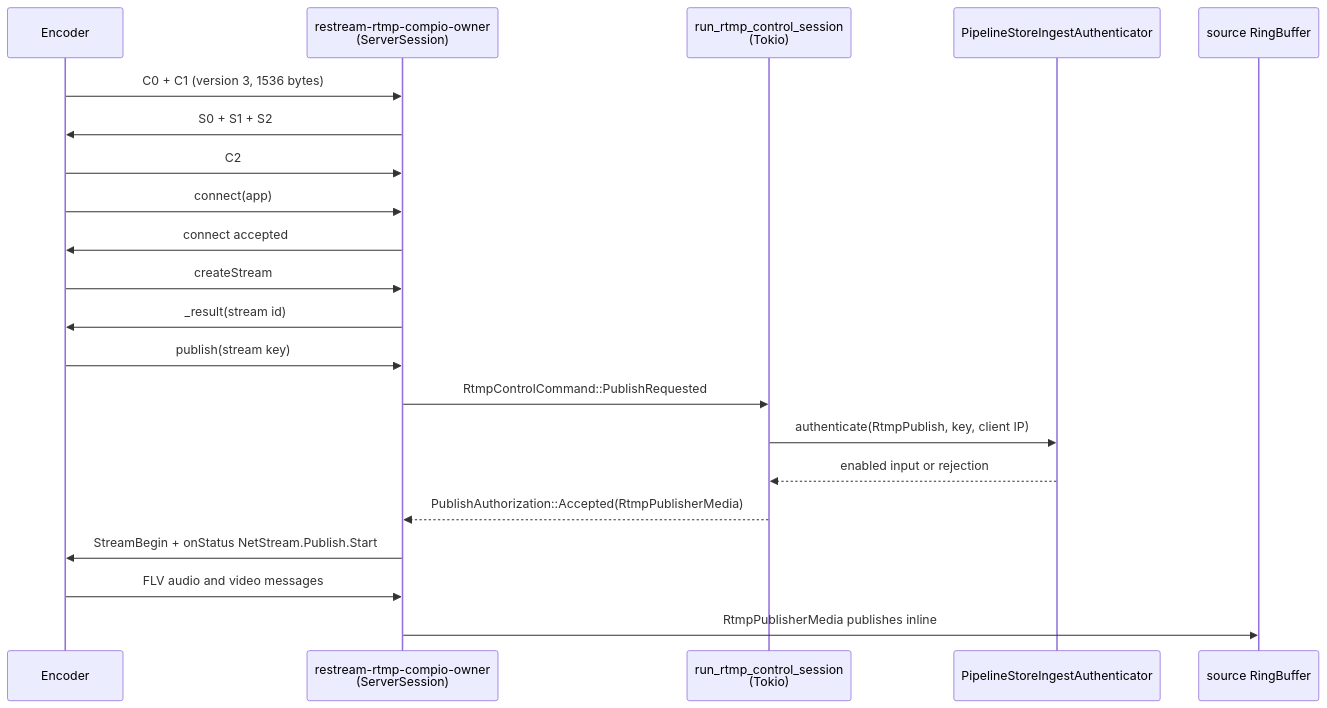
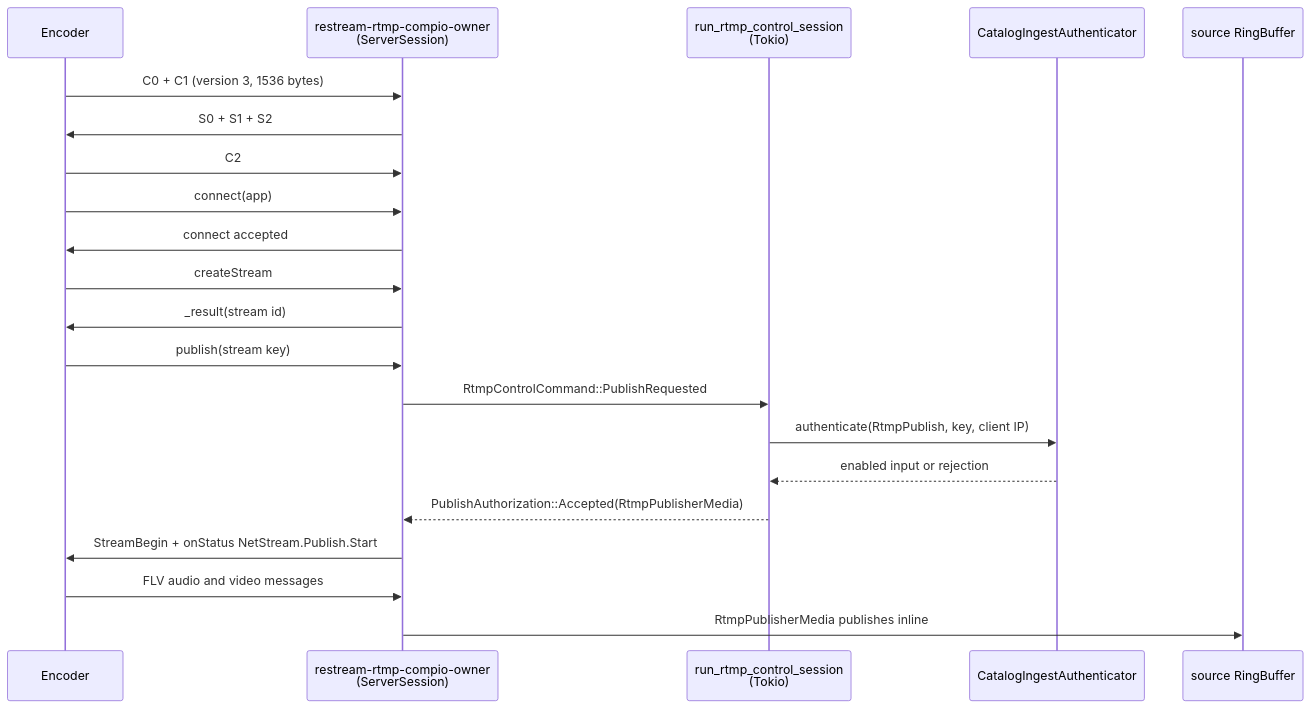
Before and after one commit to krsna1729/restream: the fourth of 15 diagrams in docs/media-pipeline.md, drawn with Mermaid. The commit also changed other lines of this file and 28 other files, not shown here.

````diff
--- a/docs/media-pipeline.md
+++ b/docs/media-pipeline.md
@@ -315,23 +315,23 @@
 ```mermaid
 sequenceDiagram
     participant Enc as Encoder
     participant Own as restream-rtmp-compio-owner<br/>(ServerSession)
     participant Ctl as run_rtmp_control_session<br/>(Tokio)
-    participant Auth as PipelineStoreIngestAuthenticator
+    participant Auth as CatalogIngestAuthenticator
     participant Ring as source RingBuffer
     Enc->>Own: C0 + C1 (version 3, 1536 bytes)
     Own->>Enc: S0 + S1 + S2
     Enc->>Own: C2
     Enc->>Own: connect(app)
     Own->>Enc: connect accepted
     Enc->>Own: createStream
     Own->>Enc: _result(stream id)
     Enc->>Own: publish(stream key)
     Own->>Ctl: RtmpControlCommand::PublishRequested
     Ctl->>Auth: authenticate(RtmpPublish, key, client IP)
     Auth-->>Ctl: enabled input or rejection
     Ctl-->>Own: PublishAuthorization::Accepted(RtmpPublisherMedia)
     Own->>Enc: StreamBegin + onStatus NetStream.Publish.Start
     Enc->>Own: FLV audio and video messages
     Own->>Ring: RtmpPublisherMedia publishes inline
 ```
````
